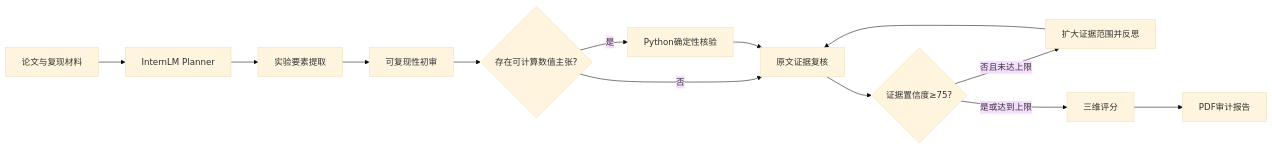
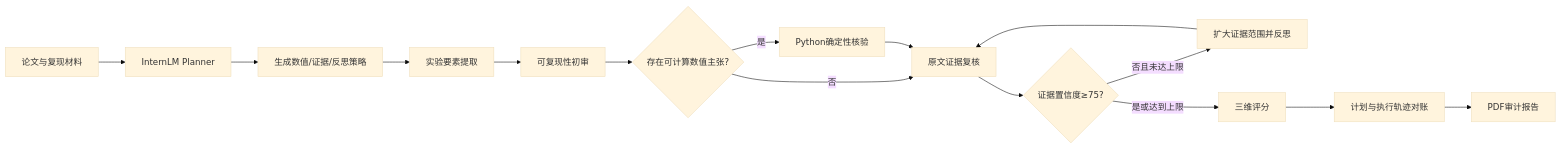
Before and after one commit to scy0217/reproagent-internlm: the diagram in docs/比赛技术文档模板.md, drawn with Mermaid (base theme). The commit also changed other lines of this file and 11 other files, not shown here.

````diff
--- a/docs/比赛技术文档模板.md
+++ b/docs/比赛技术文档模板.md
@@ -39,15 +39,17 @@
 ```mermaid
 flowchart LR
     A[论文与复现材料] --> B[InternLM Planner]
-    B --> C[实验要素提取]
+    B --> B1[生成数值/证据/反思策略]
+    B1 --> C[实验要素提取]
     C --> D[可复现性初审]
     D --> E{存在可计算数值主张?}
     E -- 是 --> F[Python确定性核验]
     E -- 否 --> G[原文证据复核]
     F --> G
     G --> H{证据置信度≥75?}
     H -- 否且未达上限 --> I[扩大证据范围并反思]
     I --> G
     H -- 是或达到上限 --> J[三维评分]
-    J --> K[PDF审计报告]
+    J --> J1[计划与执行轨迹对账]
+    J1 --> K[PDF审计报告]
 ```
````
